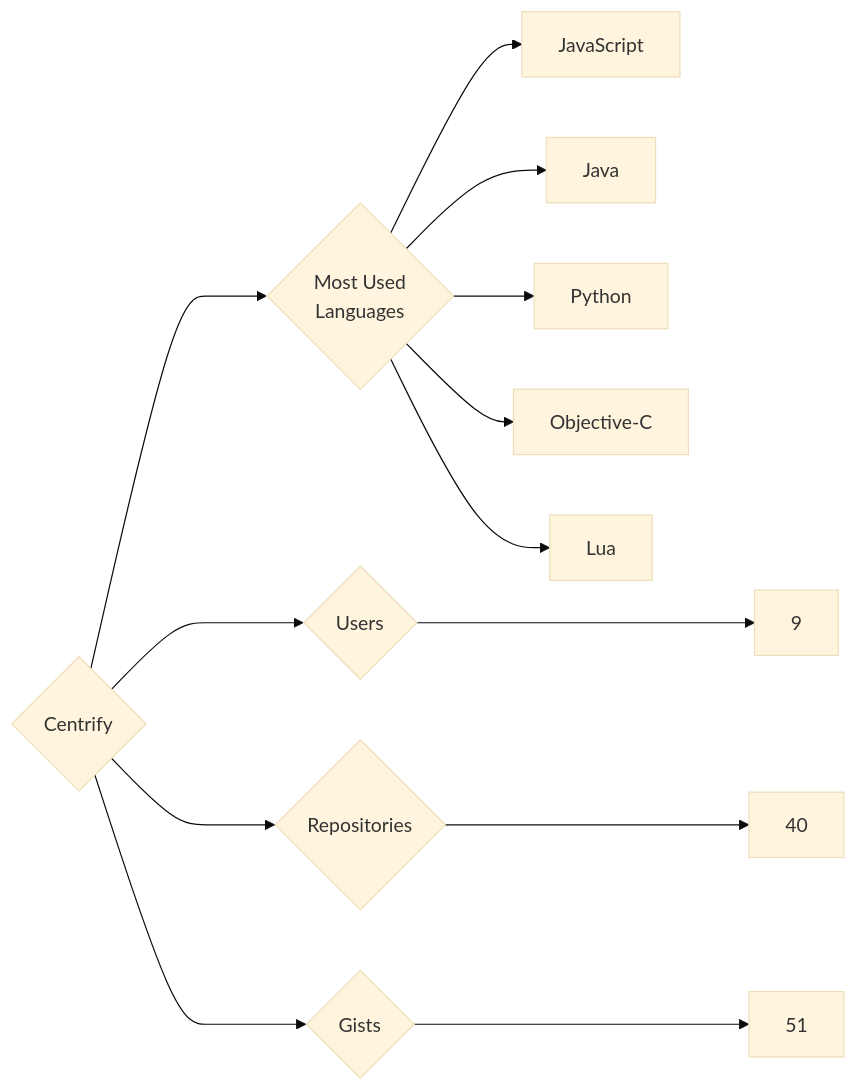
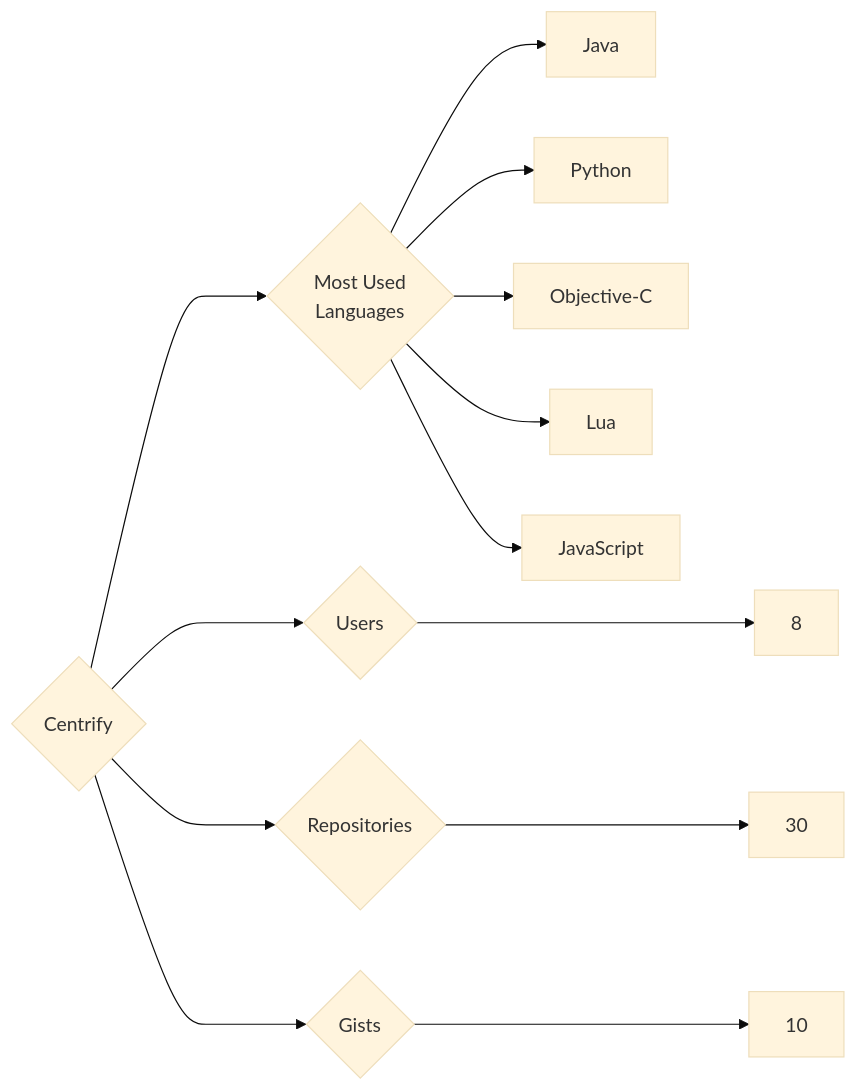
The diagram in targets/Centrify/README.md (trickest/insiders), drawn with Mermaid (base theme) before and after one commit. The commit also changed 1170 other files, not shown here.

````diff
--- a/targets/Centrify/README.md
+++ b/targets/Centrify/README.md
@@ -3,13 +3,13 @@
 ```mermaid
 graph LR
 COMPANY_NAME{Centrify}
-COMPANY_NAME ---> U{Users} ---> UN[9]
-COMPANY_NAME ---> R{Repositories} ---> RN[40]
-COMPANY_NAME ---> G{Gists} ---> GN[51]
+COMPANY_NAME ---> U{Users} ---> UN[8]
+COMPANY_NAME ---> R{Repositories} ---> RN[30]
+COMPANY_NAME ---> G{Gists} ---> GN[10]
 COMPANY_NAME ---> ML{Most Used<br>Languages}
-ML --> JavaScript[JavaScript]
 ML --> Java[Java]
 ML --> Python[Python]
 ML --> Objective-C[Objective-C]
 ML --> Lua[Lua]
+ML --> JavaScript[JavaScript]
 ```
````
